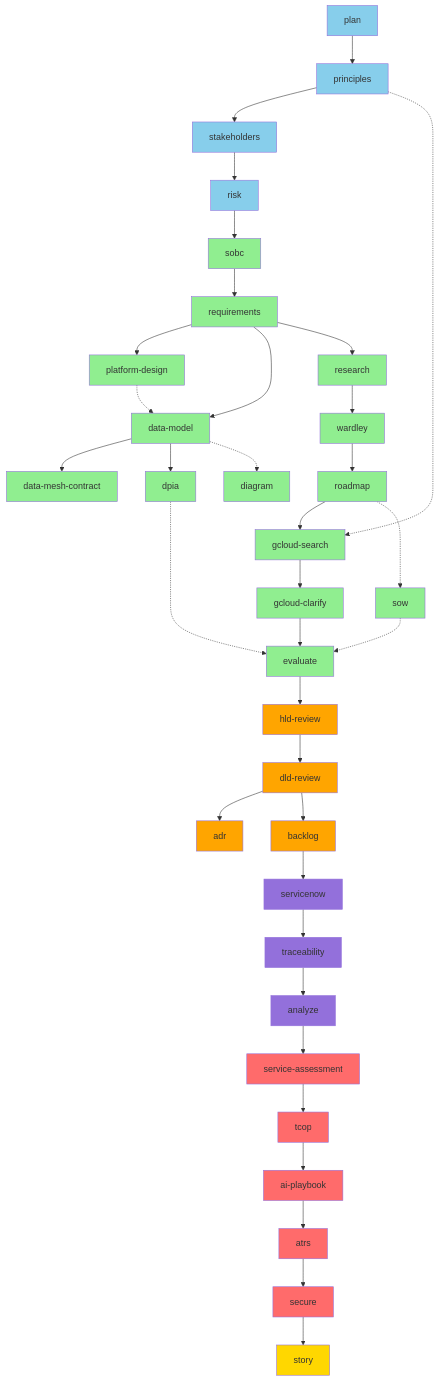
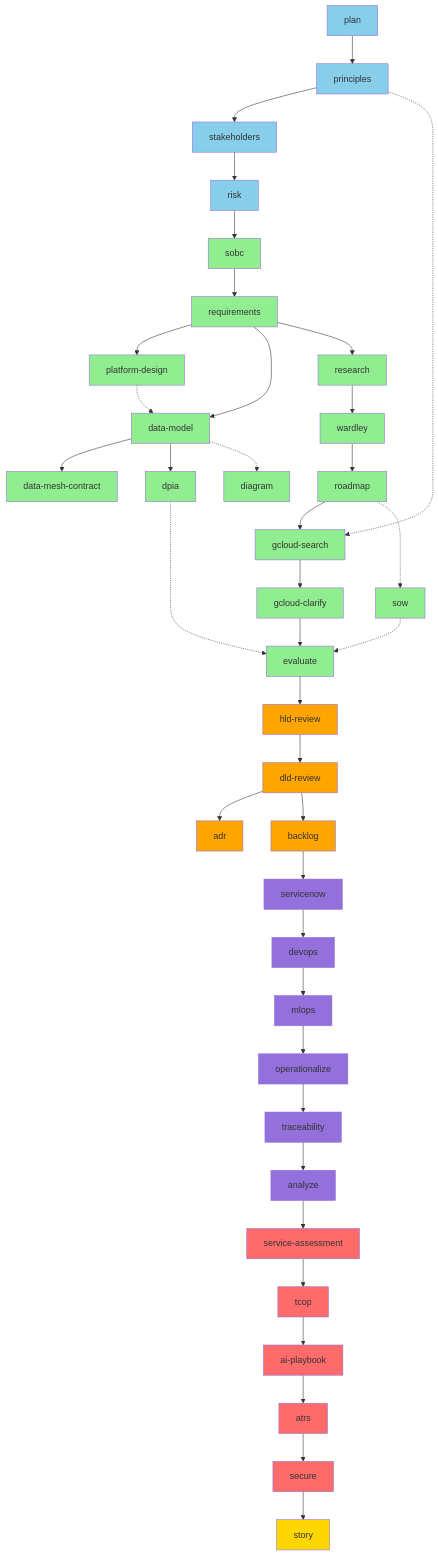
One commit to tractorjuice/arc-kit changed the third of 9 diagrams in WORKFLOW-DIAGRAMS.md. Above: the diagram before and after it, drawn with Mermaid. The commit also changed other lines of this file and 17 other files, not shown here.

First line of the commit message:
feat: add devops, mlops, and operationalize commands

```diff
--- a/WORKFLOW-DIAGRAMS.md
+++ b/WORKFLOW-DIAGRAMS.md
@@ -230,7 +238,10 @@
 
     %% Tier 8-9: Operations & Quality
     U --> V[servicenow]
-    V --> X[traceability]
+    V --> V1[devops]
+    V1 --> V2[mlops]
+    V2 --> V3[operationalize]
+    V3 --> X[traceability]
     X --> Y[analyze]
 
     %% Tier 10: UK Gov + AI Compliance
@@ -265,6 +276,9 @@
     style T fill:#FFA500
     style U fill:#FFA500
     style V fill:#9370DB
+    style V1 fill:#9370DB
+    style V2 fill:#9370DB
+    style V3 fill:#9370DB
     style W fill:#90EE90
     style X fill:#9370DB
     style Y fill:#9370DB
```
